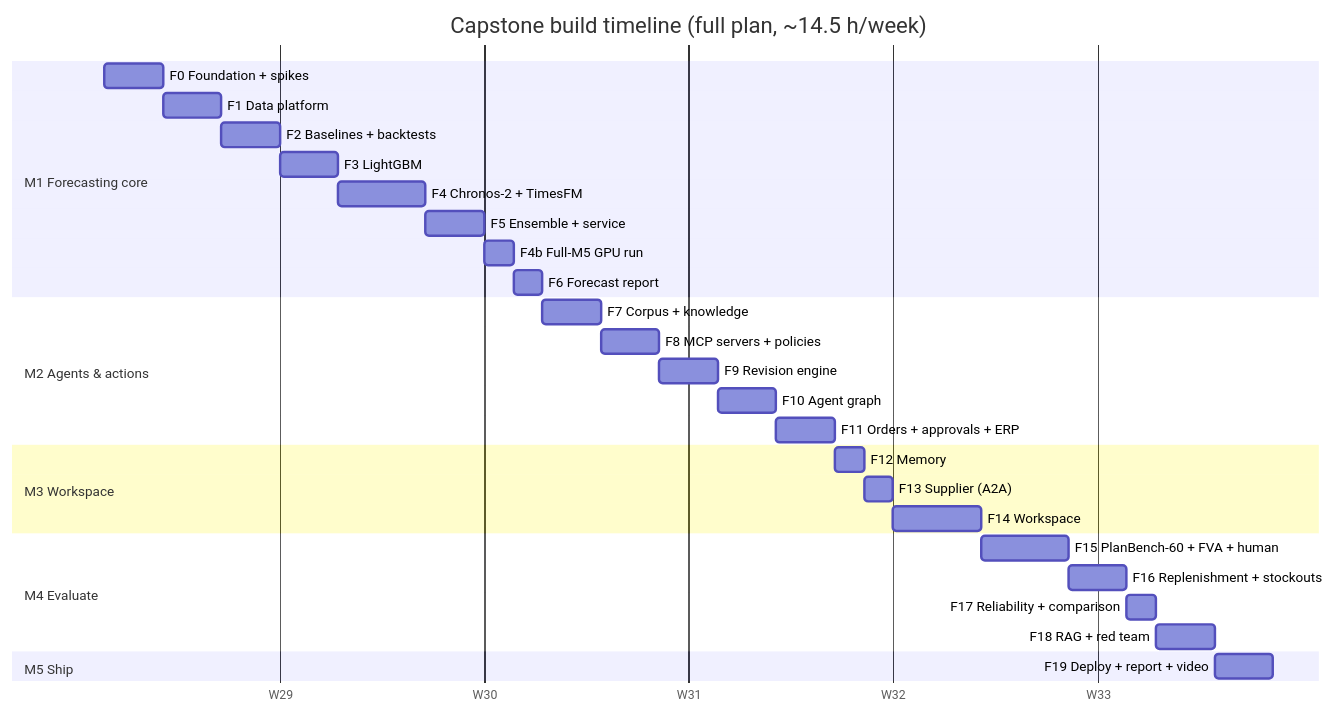
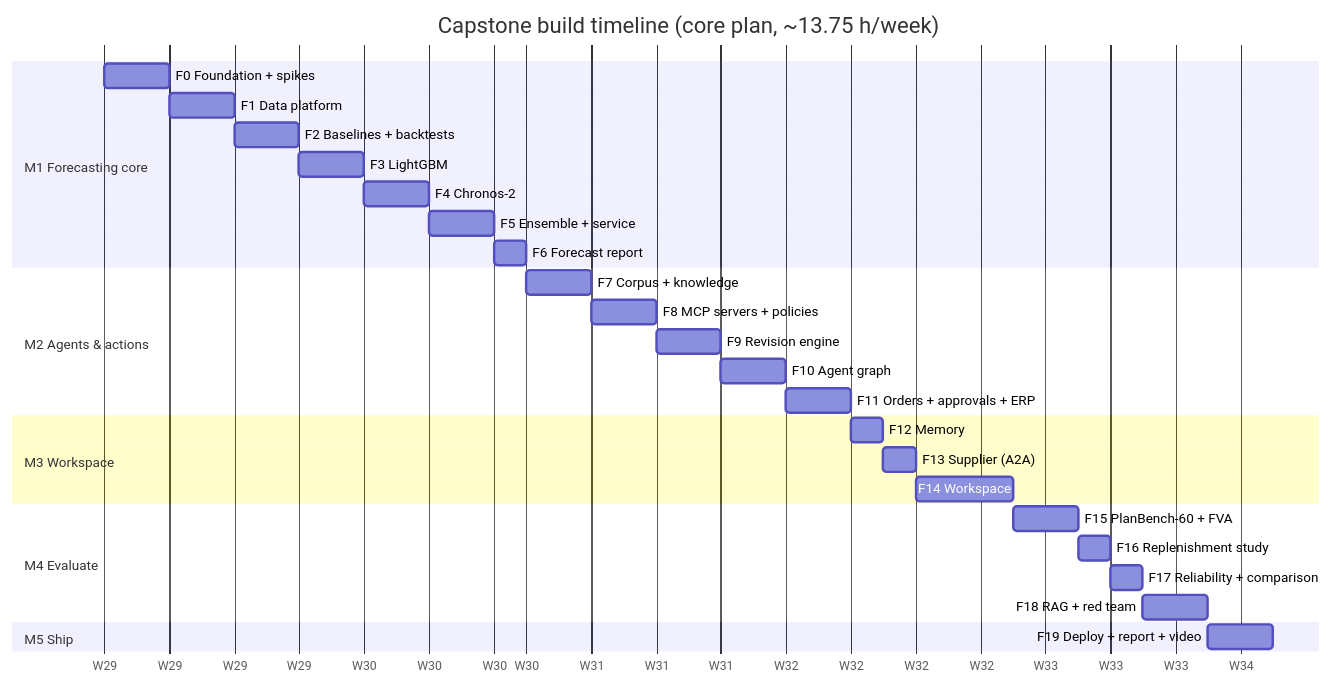
The fourth of 4 diagrams in projects/08-demand-planning-copilot/docs/09-build-plan/README.md (pRiMeXoMeGa/AI-Learning-Projects), drawn with Mermaid before and after one commit. The commit also changed other lines of this file and 5 other files, not shown here.

First line of the commit message:
Switch the capstone to the core plan and update the roadmap

````diff
--- a/projects/08-demand-planning-copilot/docs/09-build-plan/README.md
+++ b/projects/08-demand-planning-copilot/docs/09-build-plan/README.md
@@ -182,32 +179,31 @@
 ```mermaid
 gantt
-    title Capstone build timeline (full plan, ~14.5 h/week)
+    title Capstone build timeline (core plan, ~13.75 h/week)
     dateFormat YYYY-MM-DD
     axisFormat W%W
     section M1 Forecasting core
     F0 Foundation + spikes          :f0, 2027-07-19, 2d
     F1 Data platform                :f1, after f0, 2d
     F2 Baselines + backtests        :f2, after f1, 2d
     F3 LightGBM                     :f3, after f2, 2d
-    F4 Chronos-2 + TimesFM          :f4, after f3, 3d
+    F4 Chronos-2                    :f4, after f3, 2d
     F5 Ensemble + service           :f5, after f4, 2d
-    F4b Full-M5 GPU run             :f4b, after f5, 1d
-    F6 Forecast report              :f6, after f4b, 1d
+    F6 Forecast report              :f6, after f5, 1d
     section M2 Agents & actions
     F7 Corpus + knowledge           :f7, after f6, 2d
     F8 MCP servers + policies       :f8, after f7, 2d
     F9 Revision engine              :f9, after f8, 2d
     F10 Agent graph                 :f10, after f9, 2d
     F11 Orders + approvals + ERP    :f11, after f10, 2d
     section M3 Workspace
     F12 Memory                      :f12, after f11, 1d
     F13 Supplier (A2A)              :f13, after f12, 1d
     F14 Workspace                   :f14, after f13, 3d
     section M4 Evaluate
-    F15 PlanBench-60 + FVA + human  :f15, after f14, 3d
-    F16 Replenishment + stockouts   :f16, after f15, 2d
+    F15 PlanBench-60 + FVA          :f15, after f14, 2d
+    F16 Replenishment study         :f16, after f15, 1d
     F17 Reliability + comparison    :f17, after f16, 1d
     F18 RAG + red team              :f18, after f17, 2d
     section M5 Ship
     F19 Deploy + report + video     :f19, after f18, 2d
 ```
````
